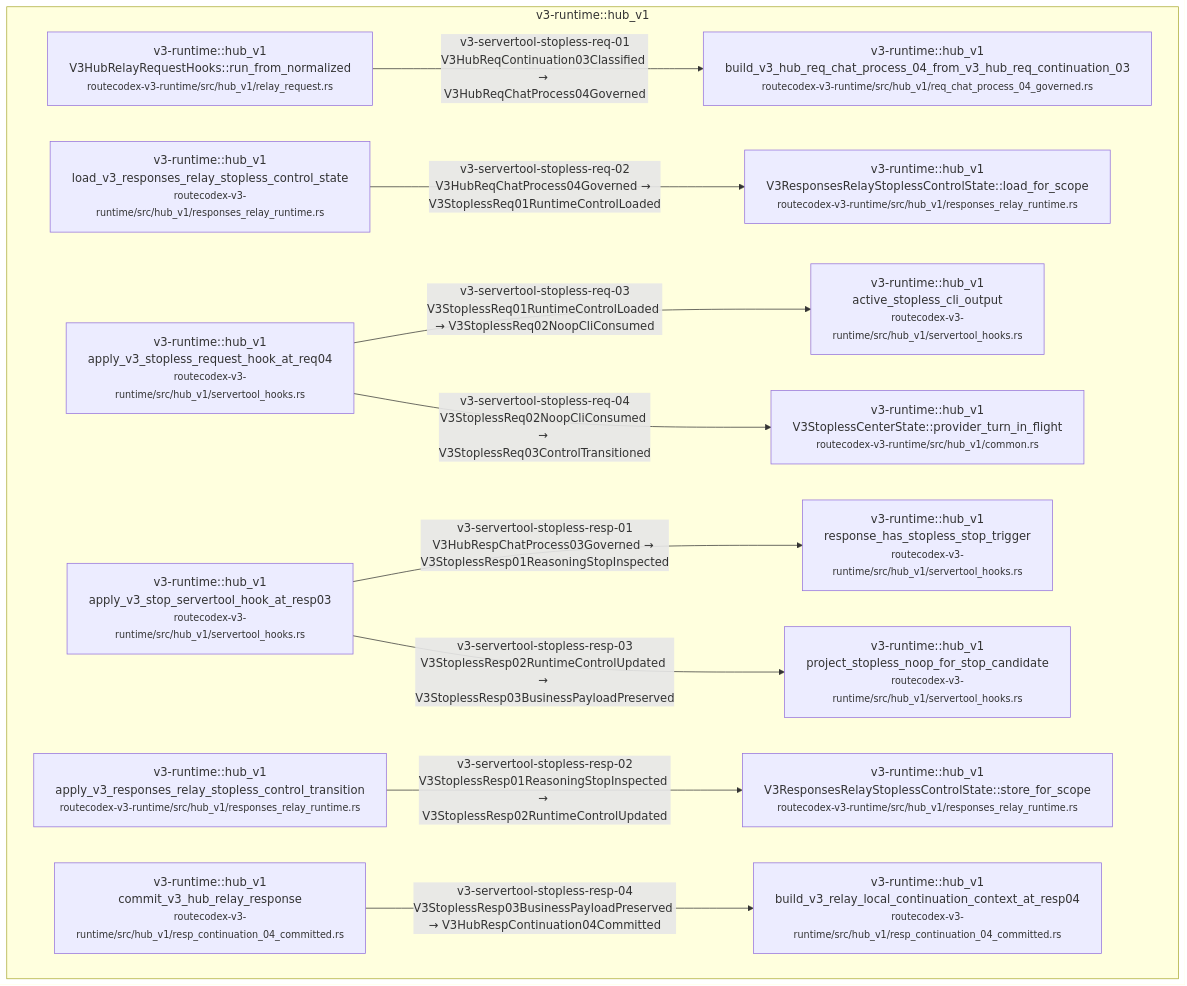
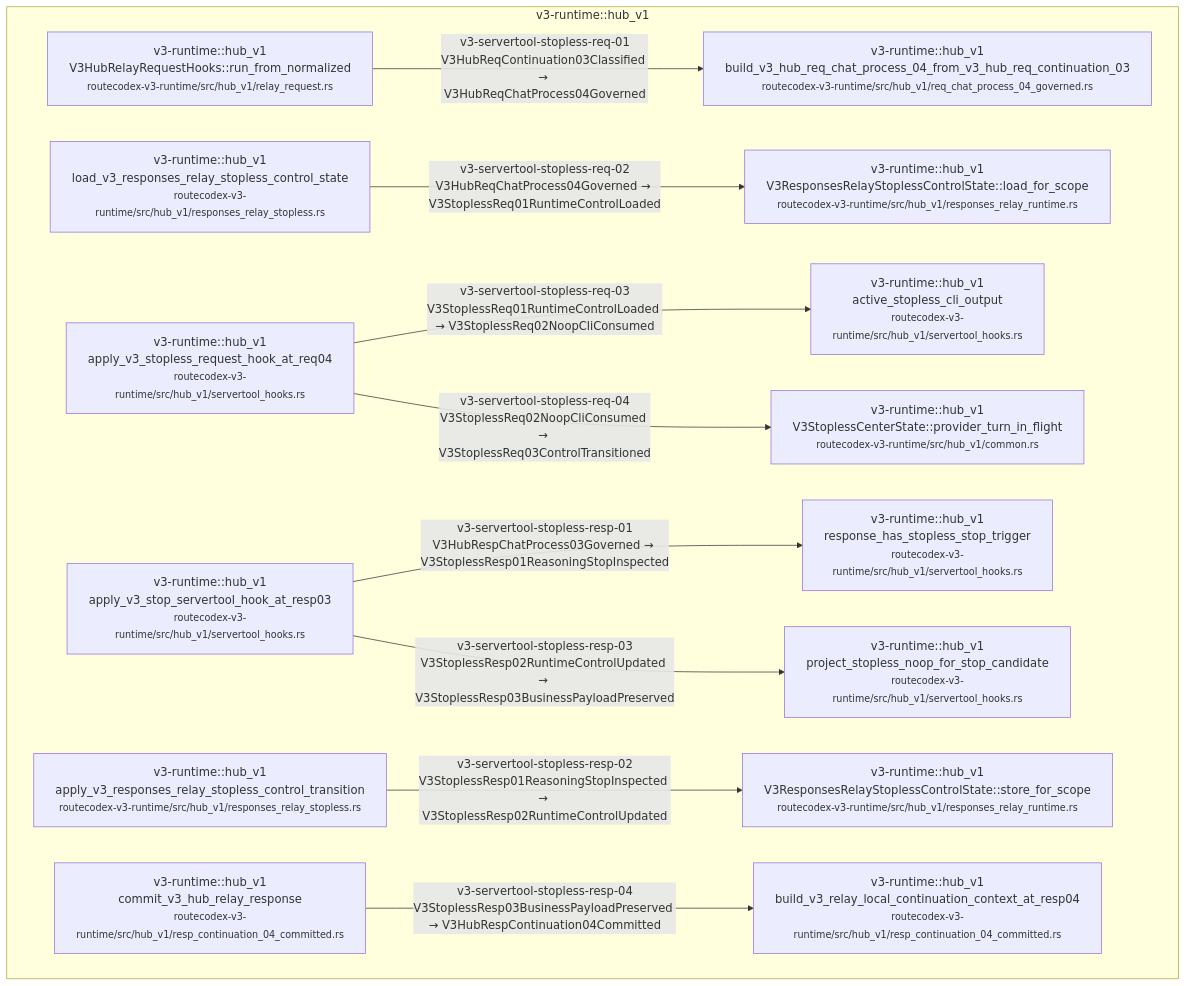
Before and after one commit to Jasonzhangf/routecodex: diagram 39 of 58 in docs/architecture/wiki/v3-mainline-caller-flow.md, drawn with Mermaid. The commit also changed other lines of this file and 6 other files, not shown here.

````diff
--- a/docs/architecture/wiki/v3-mainline-caller-flow.md
+++ b/docs/architecture/wiki/v3-mainline-caller-flow.md
@@ -1574,27 +1574,27 @@
 ```mermaid
 flowchart TD
   subgraph c_37_v3_servertool_hook_skeleton_lifecycle_m_v3_runtime__hub_v1["v3-runtime::hub_v1"]
     c_37_v3_servertool_hook_skeleton_lifecycle_0["v3-runtime::hub_v1<br/>V3HubRelayRequestHooks::run_from_normalized<br/><small>routecodex-v3-runtime/src/hub_v1/relay_request.rs</small>"]
     c_37_v3_servertool_hook_skeleton_lifecycle_1["v3-runtime::hub_v1<br/>build_v3_hub_req_chat_process_04_from_v3_hub_req_continuation_03<br/><small>routecodex-v3-runtime/src/hub_v1/req_chat_process_04_governed.rs</small>"]
-    c_37_v3_servertool_hook_skeleton_lifecycle_2["v3-runtime::hub_v1<br/>load_v3_responses_relay_stopless_control_state<br/><small>routecodex-v3-runtime/src/hub_v1/responses_relay_runtime.rs</small>"]
+    c_37_v3_servertool_hook_skeleton_lifecycle_2["v3-runtime::hub_v1<br/>load_v3_responses_relay_stopless_control_state<br/><small>routecodex-v3-runtime/src/hub_v1/responses_relay_stopless.rs</small>"]
     c_37_v3_servertool_hook_skeleton_lifecycle_3["v3-runtime::hub_v1<br/>V3ResponsesRelayStoplessControlState::load_for_scope<br/><small>routecodex-v3-runtime/src/hub_v1/responses_relay_runtime.rs</small>"]
     c_37_v3_servertool_hook_skeleton_lifecycle_4["v3-runtime::hub_v1<br/>apply_v3_stopless_request_hook_at_req04<br/><small>routecodex-v3-runtime/src/hub_v1/servertool_hooks.rs</small>"]
     c_37_v3_servertool_hook_skeleton_lifecycle_5["v3-runtime::hub_v1<br/>active_stopless_cli_output<br/><small>routecodex-v3-runtime/src/hub_v1/servertool_hooks.rs</small>"]
     c_37_v3_servertool_hook_skeleton_lifecycle_6["v3-runtime::hub_v1<br/>V3StoplessCenterState::provider_turn_in_flight<br/><small>routecodex-v3-runtime/src/hub_v1/common.rs</small>"]
     c_37_v3_servertool_hook_skeleton_lifecycle_7["v3-runtime::hub_v1<br/>apply_v3_stop_servertool_hook_at_resp03<br/><small>routecodex-v3-runtime/src/hub_v1/servertool_hooks.rs</small>"]
     c_37_v3_servertool_hook_skeleton_lifecycle_8["v3-runtime::hub_v1<br/>response_has_stopless_stop_trigger<br/><small>routecodex-v3-runtime/src/hub_v1/servertool_hooks.rs</small>"]
-    c_37_v3_servertool_hook_skeleton_lifecycle_9["v3-runtime::hub_v1<br/>apply_v3_responses_relay_stopless_control_transition<br/><small>routecodex-v3-runtime/src/hub_v1/responses_relay_runtime.rs</small>"]
+    c_37_v3_servertool_hook_skeleton_lifecycle_9["v3-runtime::hub_v1<br/>apply_v3_responses_relay_stopless_control_transition<br/><small>routecodex-v3-runtime/src/hub_v1/responses_relay_stopless.rs</small>"]
     c_37_v3_servertool_hook_skeleton_lifecycle_10["v3-runtime::hub_v1<br/>V3ResponsesRelayStoplessControlState::store_for_scope<br/><small>routecodex-v3-runtime/src/hub_v1/responses_relay_runtime.rs</small>"]
     c_37_v3_servertool_hook_skeleton_lifecycle_11["v3-runtime::hub_v1<br/>project_stopless_noop_for_stop_candidate<br/><small>routecodex-v3-runtime/src/hub_v1/servertool_hooks.rs</small>"]
     c_37_v3_servertool_hook_skeleton_lifecycle_12["v3-runtime::hub_v1<br/>commit_v3_hub_relay_response<br/><small>routecodex-v3-runtime/src/hub_v1/resp_continuation_04_committed.rs</small>"]
     c_37_v3_servertool_hook_skeleton_lifecycle_13["v3-runtime::hub_v1<br/>build_v3_relay_local_continuation_context_at_resp04<br/><small>routecodex-v3-runtime/src/hub_v1/resp_continuation_04_committed.rs</small>"]
   end
   c_37_v3_servertool_hook_skeleton_lifecycle_0 -->|v3-servertool-stopless-req-01<br/>V3HubReqContinuation03Classified → V3HubReqChatProcess04Governed| c_37_v3_servertool_hook_skeleton_lifecycle_1
   c_37_v3_servertool_hook_skeleton_lifecycle_2 -->|v3-servertool-stopless-req-02<br/>V3HubReqChatProcess04Governed → V3StoplessReq01RuntimeControlLoaded| c_37_v3_servertool_hook_skeleton_lifecycle_3
   c_37_v3_servertool_hook_skeleton_lifecycle_4 -->|v3-servertool-stopless-req-03<br/>V3StoplessReq01RuntimeControlLoaded → V3StoplessReq02NoopCliConsumed| c_37_v3_servertool_hook_skeleton_lifecycle_5
   c_37_v3_servertool_hook_skeleton_lifecycle_4 -->|v3-servertool-stopless-req-04<br/>V3StoplessReq02NoopCliConsumed → V3StoplessReq03ControlTransitioned| c_37_v3_servertool_hook_skeleton_lifecycle_6
   c_37_v3_servertool_hook_skeleton_lifecycle_7 -->|v3-servertool-stopless-resp-01<br/>V3HubRespChatProcess03Governed → V3StoplessResp01ReasoningStopInspected| c_37_v3_servertool_hook_skeleton_lifecycle_8
   c_37_v3_servertool_hook_skeleton_lifecycle_9 -->|v3-servertool-stopless-resp-02<br/>V3StoplessResp01ReasoningStopInspected → V3StoplessResp02RuntimeControlUpdated| c_37_v3_servertool_hook_skeleton_lifecycle_10
   c_37_v3_servertool_hook_skeleton_lifecycle_7 -->|v3-servertool-stopless-resp-03<br/>V3StoplessResp02RuntimeControlUpdated → V3StoplessResp03BusinessPayloadPreserved| c_37_v3_servertool_hook_skeleton_lifecycle_11
   c_37_v3_servertool_hook_skeleton_lifecycle_12 -->|v3-servertool-stopless-resp-04<br/>V3StoplessResp03BusinessPayloadPreserved → V3HubRespContinuation04Committed| c_37_v3_servertool_hook_skeleton_lifecycle_13
 ```
````
